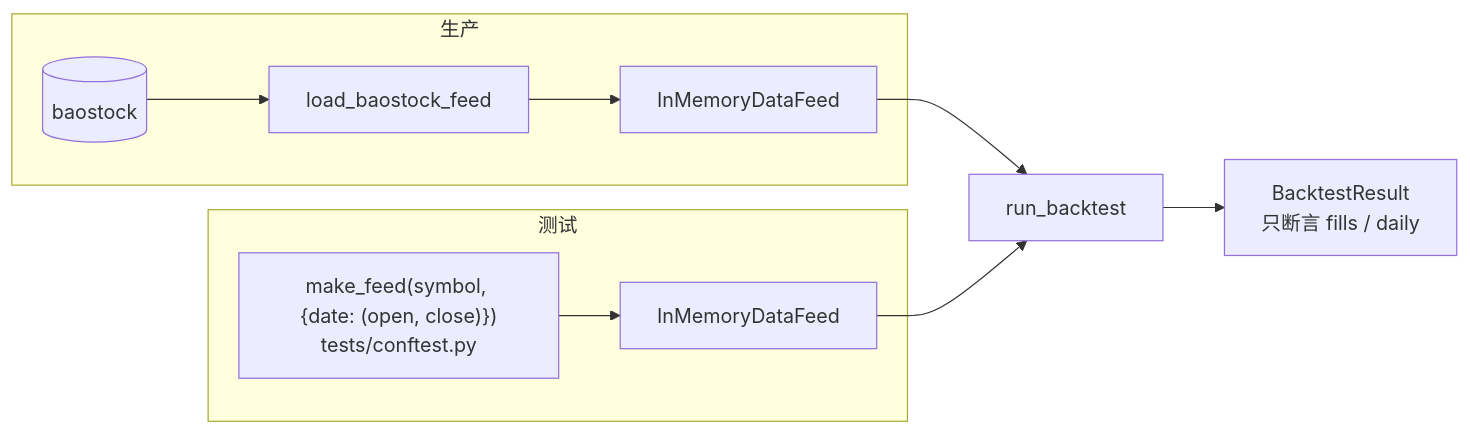
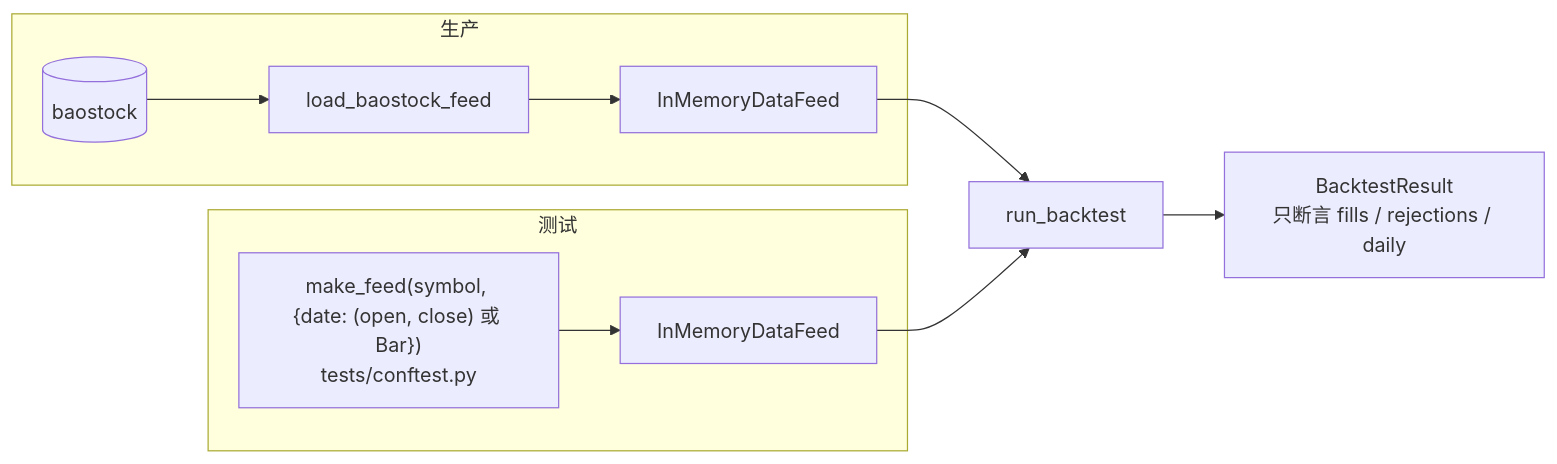
Diagram 22 of 23 in docs/code-walkthrough.md (guevara12345/quant), drawn with Mermaid before and after one commit. The commit also changed other lines of this file and 16 other files, not shown here.

````diff
--- a/docs/code-walkthrough.md
+++ b/docs/code-walkthrough.md
@@ -735,12 +809,12 @@
 ```mermaid
 flowchart LR
     subgraph 生产
         B[(baostock)] --> BF[load_baostock_feed] --> IF1[InMemoryDataFeed]
     end
     subgraph 测试
-        MK["make_feed(symbol, {date: (open, close)})<br/>tests/conftest.py"] --> IF2[InMemoryDataFeed]
+        MK["make_feed(symbol, {date: (open, close) 或 Bar})<br/>tests/conftest.py"] --> IF2[InMemoryDataFeed]
     end
     IF1 --> E[run_backtest]
     IF2 --> E
-    E --> RES["BacktestResult<br/>只断言 fills / daily"]
+    E --> RES["BacktestResult<br/>只断言 fills / rejections / daily"]
 ```
````
